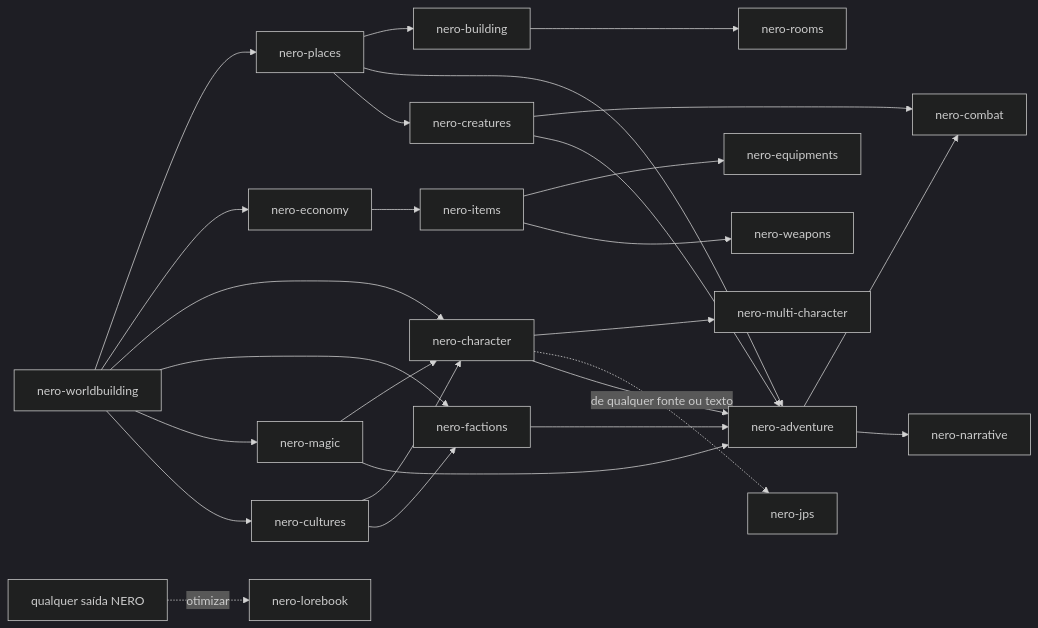
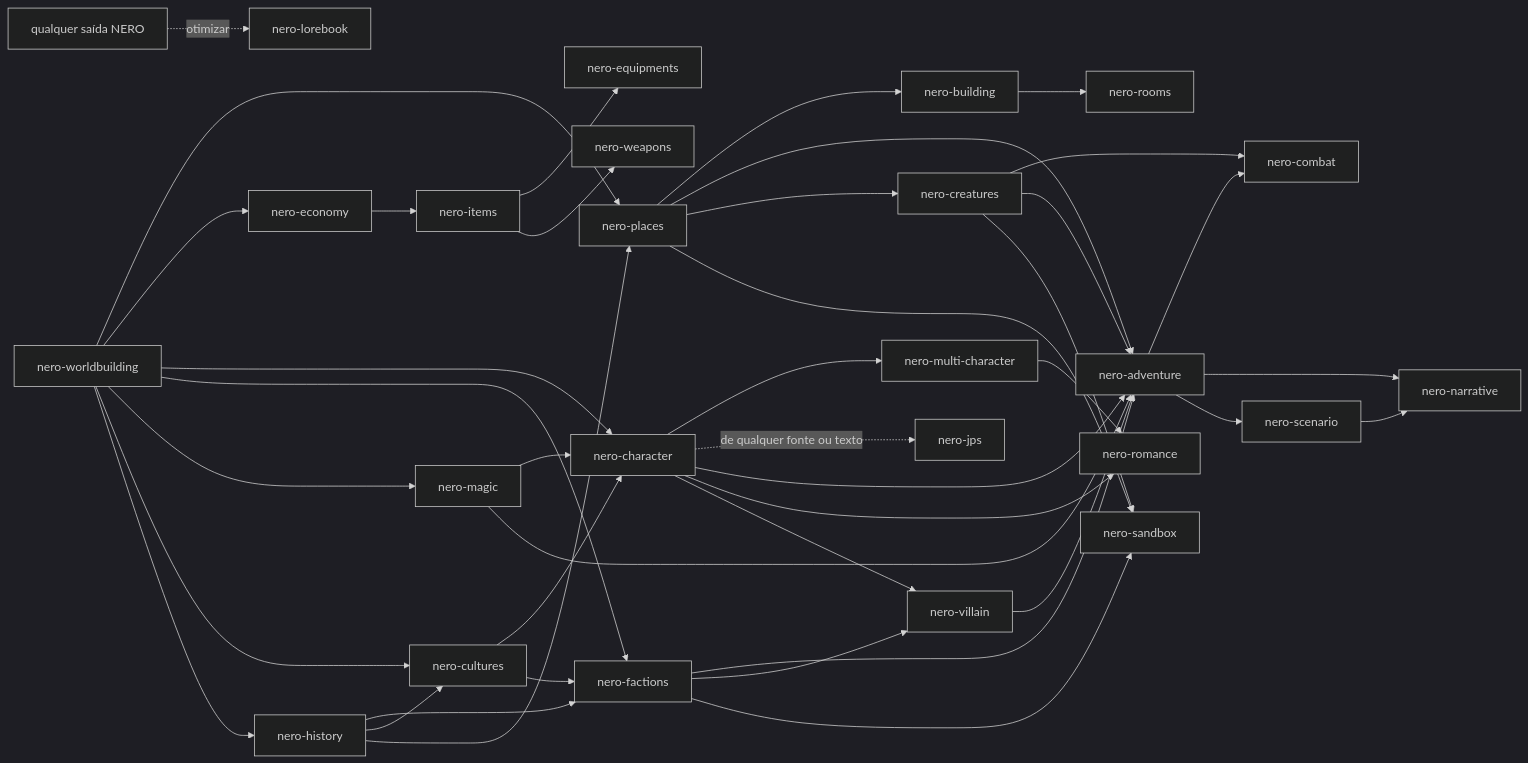
Before and after one commit to KMC1525/nero: the diagram in README.pt-BR.md, drawn with Mermaid (dark theme). The commit also changed other lines of this file and 26 other files, not shown here.

First line of the commit message:
Release 1.4: add history, romance, villain, scenario and sandbox agents

````diff
--- a/README.pt-BR.md
+++ b/README.pt-BR.md
@@ -247,29 +257,43 @@
 ```mermaid
 flowchart LR
     W[nero-worldbuilding] --> P[nero-places]
     W --> E[nero-economy]
     P --> B[nero-building]
     B --> R[nero-rooms]
     W --> C[nero-character]
     C --> M[nero-multi-character]
     C -. de qualquer fonte ou texto .-> J[nero-jps]
     E --> I[nero-items]
     I --> Q[nero-equipments]
     I --> K[nero-weapons]
     P --> A[nero-adventure]
     C --> A
     A --> X[nero-combat]
     A --> N[nero-narrative]
     W --> F[nero-factions]
     W --> MG[nero-magic]
     W --> CU[nero-cultures]
     CU --> C
     CU --> F
     MG --> C
     F --> A
     MG --> A
     P --> CR[nero-creatures]
     CR --> X
     CR --> A
+    W --> H[nero-history]
+    H --> F
+    H --> CU
+    H --> P
+    C --> RO[nero-romance]
+    M --> RO
+    C --> VI[nero-villain]
+    F --> VI
+    VI --> A
+    A --> SC[nero-scenario]
+    SC --> N
+    P --> SB[nero-sandbox]
+    F --> SB
+    CR --> SB
     ANY[qualquer saída NERO] -. otimizar .-> LB[nero-lorebook]
 ```
````
